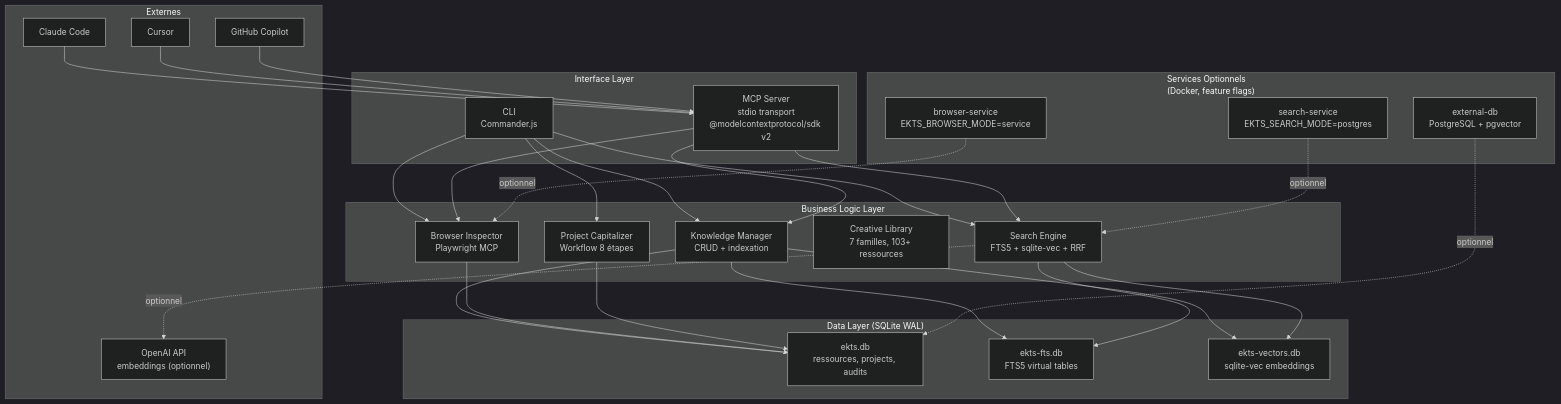
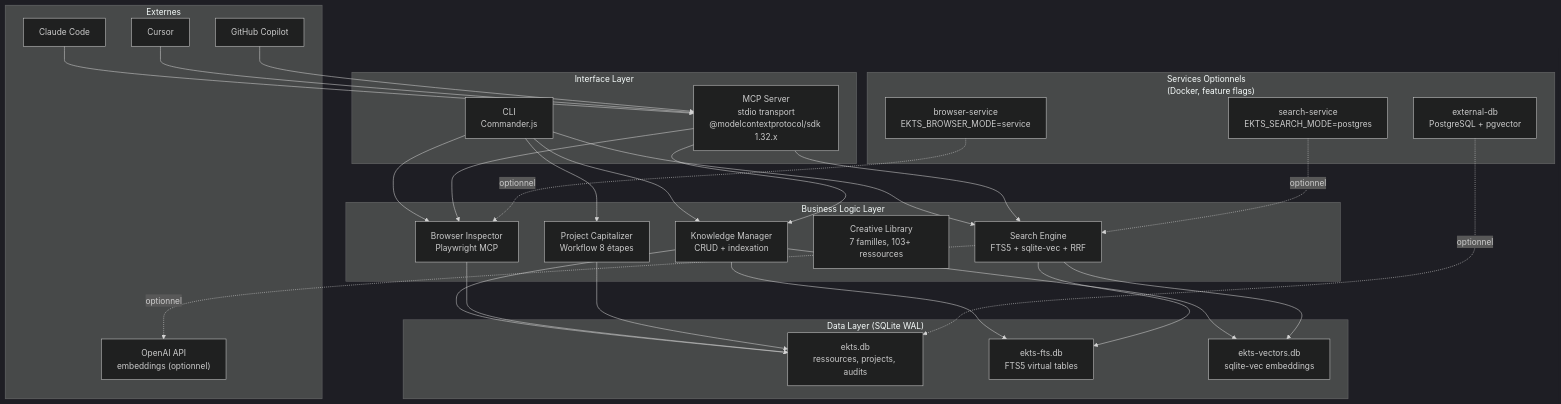
The diagram in docs/blueprint/Docs/02-ARCHITECTURE-TECHNIQUE.md (Stane316/engineering-knowledge-tooling-system), drawn with Mermaid (dark theme) before and after one commit. The commit also changed other lines of this file and 62 other files, not shown here.

````diff
--- a/docs/blueprint/Docs/02-ARCHITECTURE-TECHNIQUE.md
+++ b/docs/blueprint/Docs/02-ARCHITECTURE-TECHNIQUE.md
@@ -88,59 +88,59 @@
 ```mermaid
 graph TB
     subgraph "Interface Layer"
         CLI["CLI<br/>Commander.js"]
-        MCP["MCP Server<br/>stdio transport<br/>@modelcontextprotocol/sdk v2"]
+        MCP["MCP Server<br/>stdio transport<br/>@modelcontextprotocol/sdk 1.32.x"]
     end
 
     subgraph "Business Logic Layer"
         KM["Knowledge Manager<br/>CRUD + indexation"]
         SE["Search Engine<br/>FTS5 + sqlite-vec + RRF"]
         BI["Browser Inspector<br/>Playwright MCP"]
         CL["Creative Library<br/>7 familles, 103+ ressources"]
         PC["Project Capitalizer<br/>Workflow 8 étapes"]
     end
 
     subgraph "Data Layer (SQLite WAL)"
         DB1["ekts.db<br/>ressources, projects, audits"]
         DB2["ekts-fts.db<br/>FTS5 virtual tables"]
         DB3["ekts-vectors.db<br/>sqlite-vec embeddings"]
     end
 
     subgraph "Services Optionnels<br/>(Docker, feature flags)"
         BS["browser-service<br/>EKTS_BROWSER_MODE=service"]
         SS["search-service<br/>EKTS_SEARCH_MODE=postgres"]
         EDB["external-db<br/>PostgreSQL + pgvector"]
     end
 
     subgraph "Externes"
         CC["Claude Code"]
         CUR["Cursor"]
         CP["GitHub Copilot"]
         OAI["OpenAI API<br/>embeddings (optionnel)"]
     end
 
     CC --> MCP
     CUR --> MCP
     CP --> MCP
 
     CLI --> KM
     CLI --> SE
     CLI --> BI
     CLI --> PC
     MCP --> KM
     MCP --> SE
     MCP --> BI
 
     KM --> DB1
     KM --> DB2
     KM --> DB3
     SE --> DB2
     SE --> DB3
     BI --> DB1
     PC --> DB1
 
     SE -.->|optionnel| OAI
     BS -.->|optionnel| BI
     SS -.->|optionnel| SE
     EDB -.->|optionnel| DB1
 ```
````
